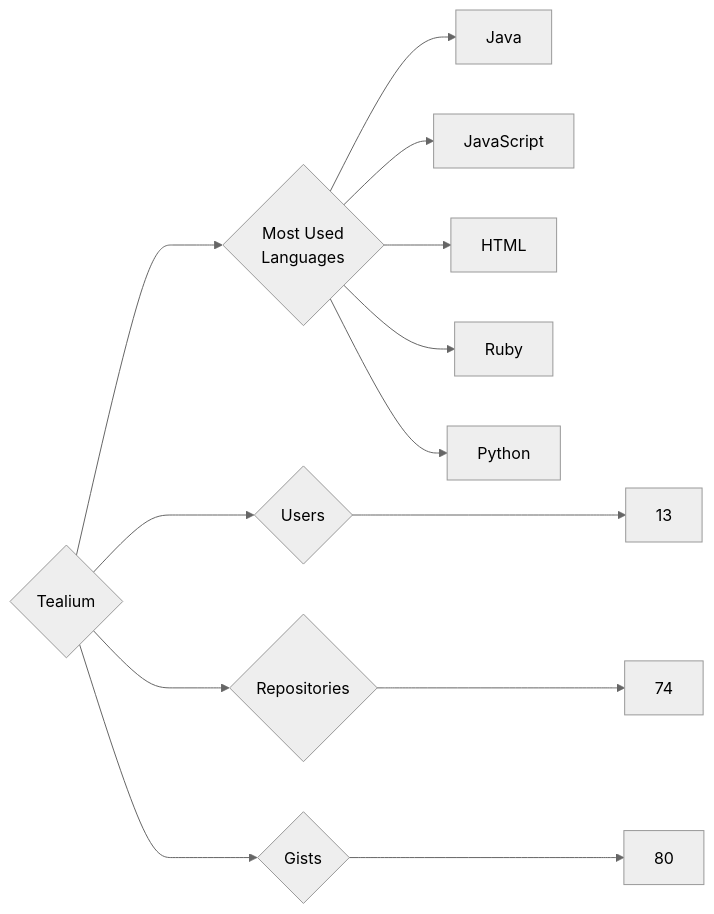
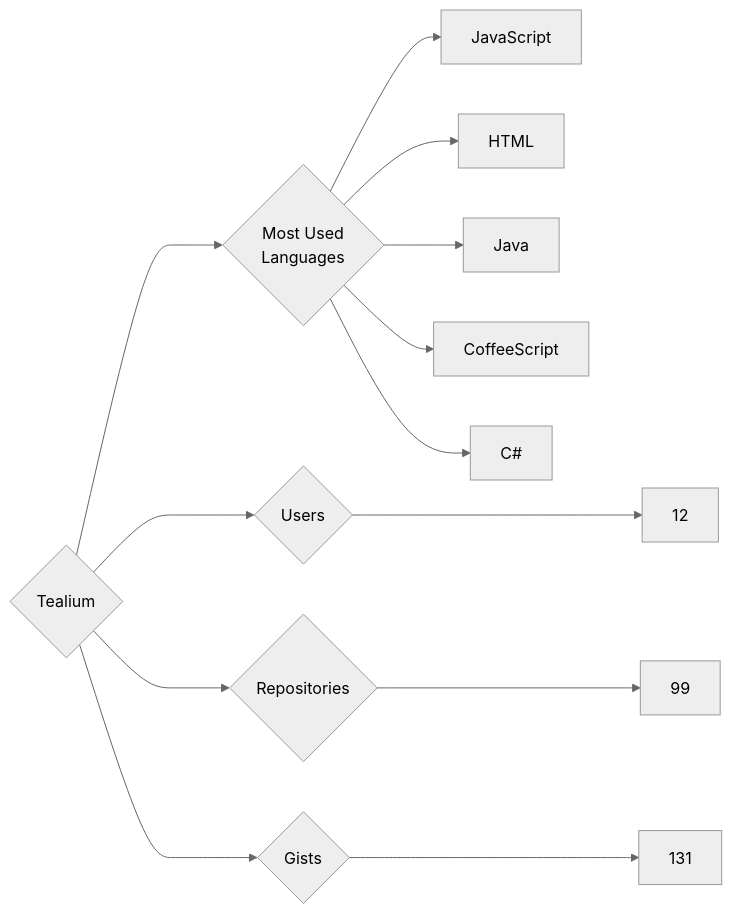
The diagram in targets/Tealium/README.md (trickest/insiders), drawn with Mermaid (neutral theme) before and after one commit. The commit also changed 1011 other files, not shown here.

````diff
--- a/targets/Tealium/README.md
+++ b/targets/Tealium/README.md
@@ -3,13 +3,13 @@
 ```mermaid
 graph LR
 COMPANY_NAME{Tealium}
-COMPANY_NAME ---> U{Users} ---> UN[13]
-COMPANY_NAME ---> R{Repositories} ---> RN[74]
-COMPANY_NAME ---> G{Gists} ---> GN[80]
+COMPANY_NAME ---> U{Users} ---> UN[12]
+COMPANY_NAME ---> R{Repositories} ---> RN[99]
+COMPANY_NAME ---> G{Gists} ---> GN[131]
 COMPANY_NAME ---> ML{Most Used<br>Languages}
-ML --> Java[Java]
 ML --> JavaScript[JavaScript]
 ML --> HTML[HTML]
-ML --> Ruby[Ruby]
-ML --> Python[Python]
+ML --> Java[Java]
+ML --> CoffeeScript[CoffeeScript]
+ML --> C#[C#]
 ```
````
